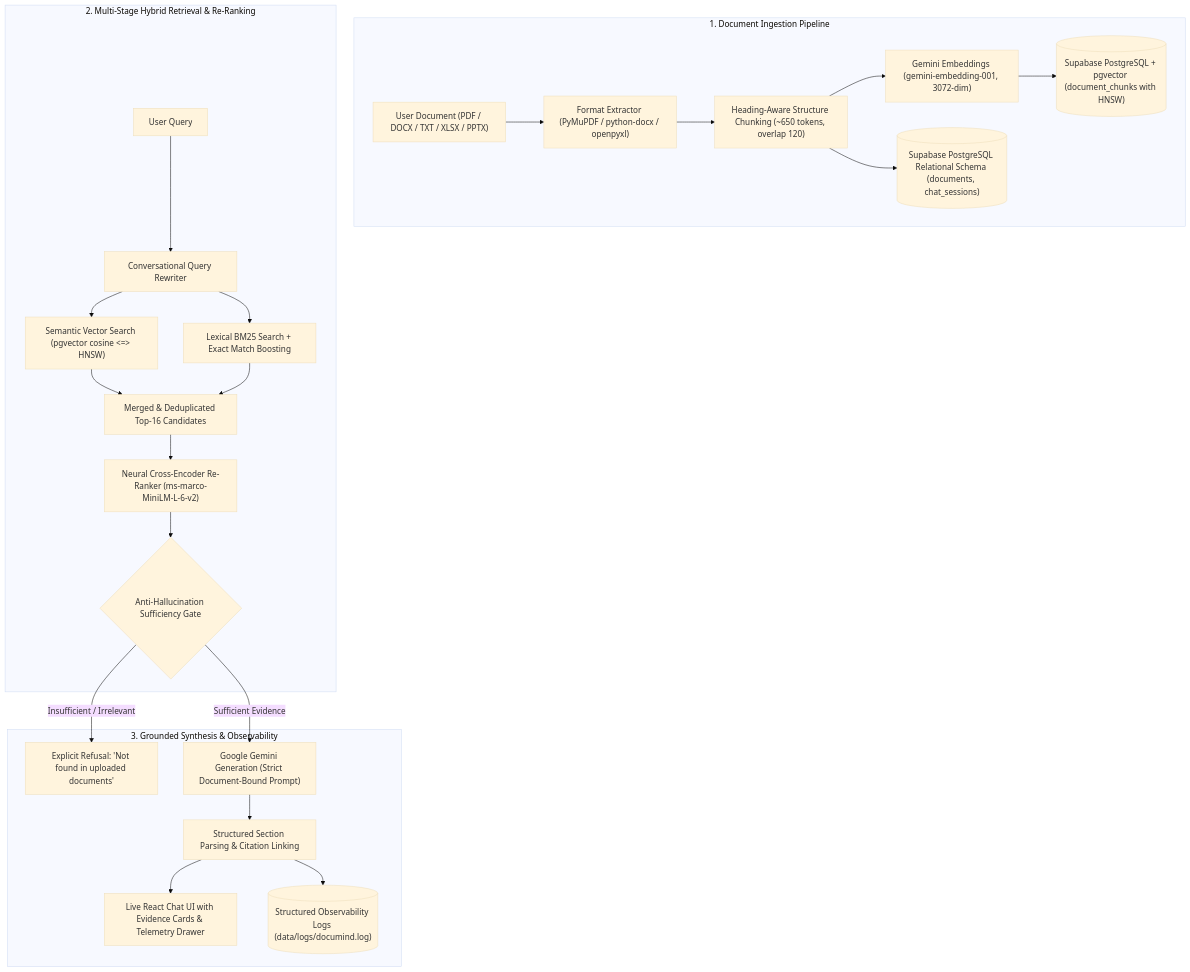
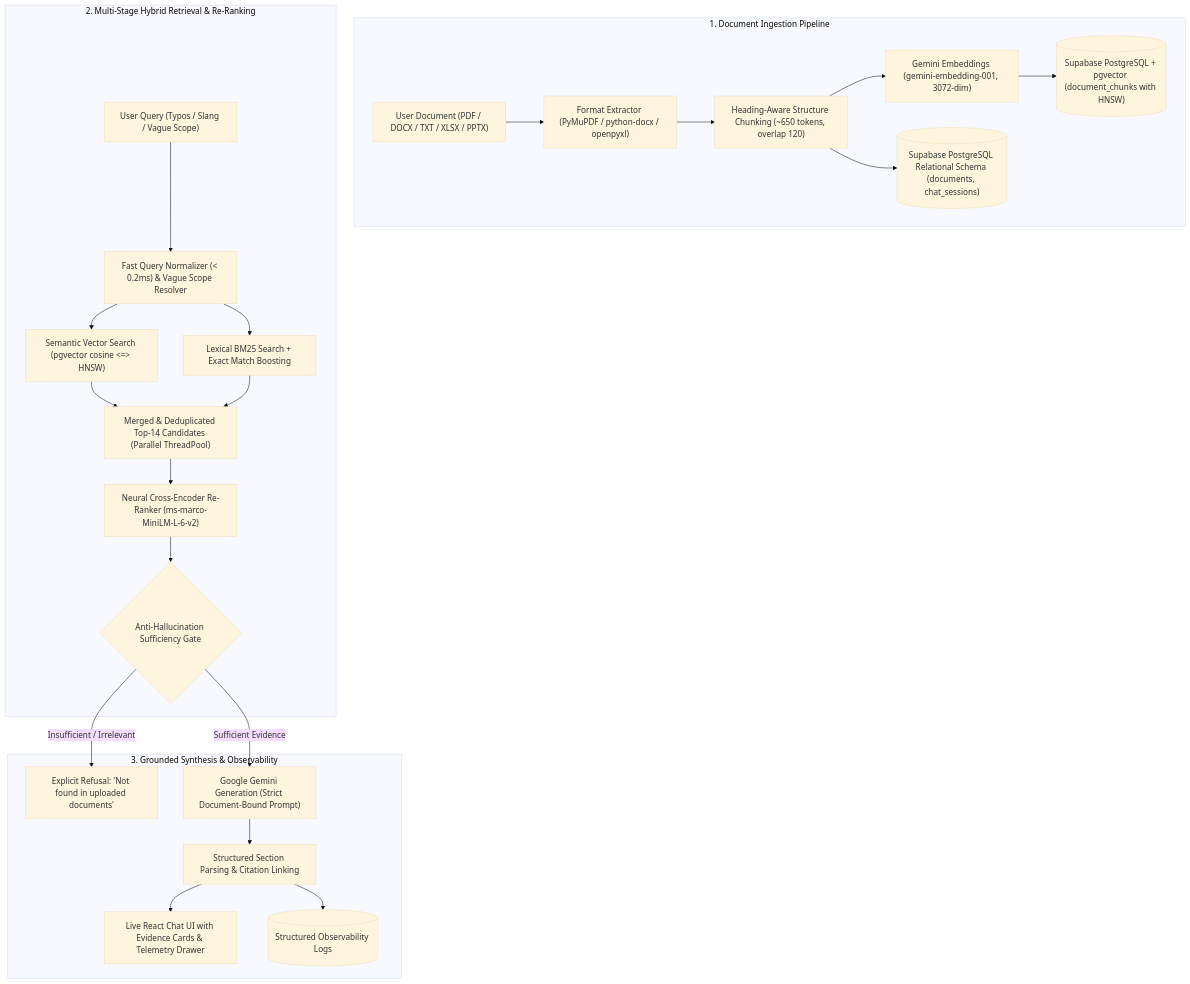
Before and after one commit to Prajwal6300/Documind-RAG-Platform: the diagram in README.md, drawn with Mermaid (base theme). The commit also changed other lines of this file and 4 other files, not shown here.

Commit message:
docs: update README, CHANGELOG, PRODUCTION_READINESS, and architecture docs to reflect current deployed state

````diff
--- a/README.md
+++ b/README.md
@@ -16,27 +27,27 @@
 ```mermaid
 graph TD
     subgraph Ingestion ["1. Document Ingestion Pipeline"]
         A["User Document (PDF / DOCX / TXT / XLSX / PPTX)"] --> B["Format Extractor (PyMuPDF / python-docx / openpyxl)"]
         B --> C["Heading-Aware Structure Chunking (~650 tokens, overlap 120)"]
         C --> D["Gemini Embeddings (gemini-embedding-001, 3072-dim)"]
         D --> E[("Supabase PostgreSQL + pgvector (document_chunks with HNSW)")]
         C --> F[("Supabase PostgreSQL Relational Schema (documents, chat_sessions)")]
     end
 
     subgraph Retrieval ["2. Multi-Stage Hybrid Retrieval & Re-Ranking"]
-        Q["User Query"] --> QR["Conversational Query Rewriter"]
-        QR --> H1["Semantic Vector Search (pgvector cosine <=> HNSW)"]
-        QR --> H2["Lexical BM25 Search + Exact Match Boosting"]
-        H1 & H2 --> M["Merged & Deduplicated Top-16 Candidates"]
+        Q["User Query (Typos / Slang / Vague Scope)"] --> QN["Fast Query Normalizer (< 0.2ms) & Vague Scope Resolver"]
+        QN --> H1["Semantic Vector Search (pgvector cosine <=> HNSW)"]
+        QN --> H2["Lexical BM25 Search + Exact Match Boosting"]
+        H1 & H2 --> M["Merged & Deduplicated Top-14 Candidates (Parallel ThreadPool)"]
         M --> RR["Neural Cross-Encoder Re-Ranker (ms-marco-MiniLM-L-6-v2)"]
         RR --> SG{"Anti-Hallucination Sufficiency Gate"}      
     end
 
     subgraph Generation ["3. Grounded Synthesis & Observability"]
         SG -- "Insufficient / Irrelevant" --> REF["Explicit Refusal: 'Not found in uploaded documents'"]
         SG -- "Sufficient Evidence" --> LLM["Google Gemini Generation (Strict Document-Bound Prompt)"]
         LLM --> CIT["Structured Section Parsing & Citation Linking"]
         CIT --> UI["Live React Chat UI with Evidence Cards & Telemetry Drawer"]
-        CIT --> LOGS[("Structured Observability Logs (data/logs/documind.log)")]
+        CIT --> LOGS[("Structured Observability Logs")]
     end
 ```
````
